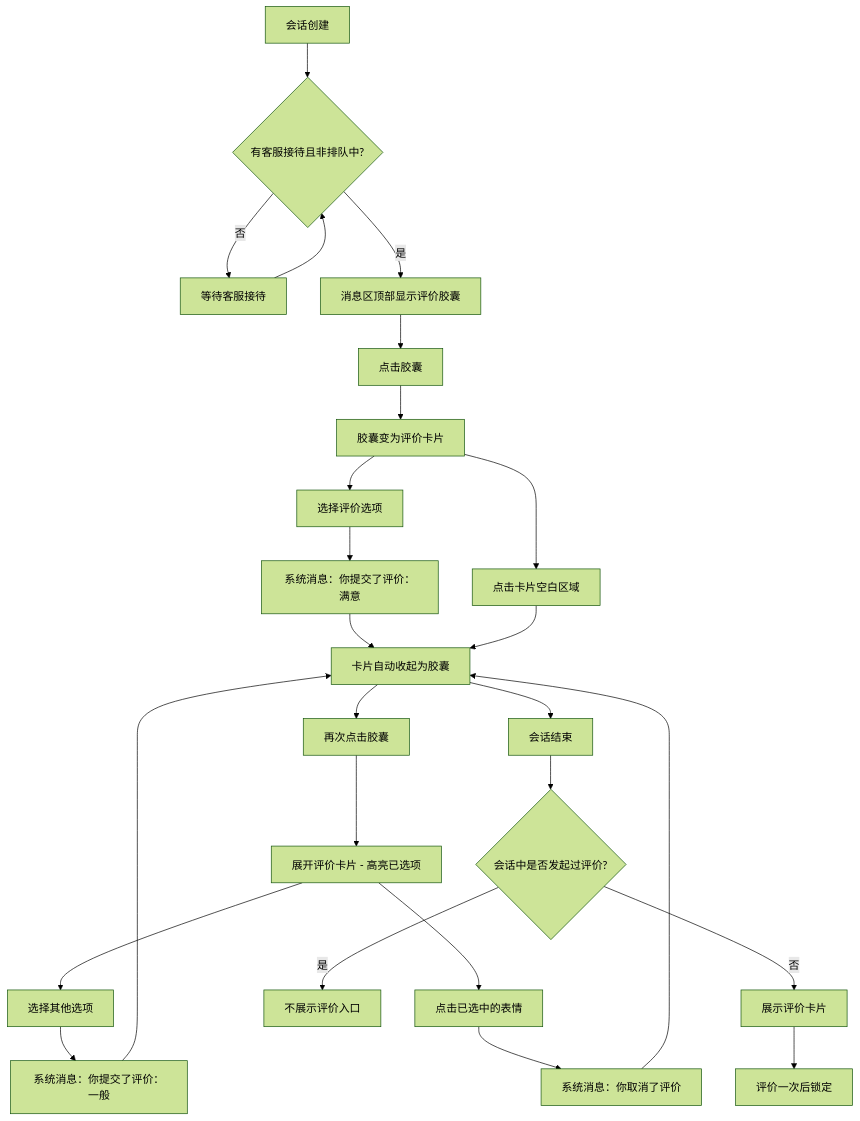
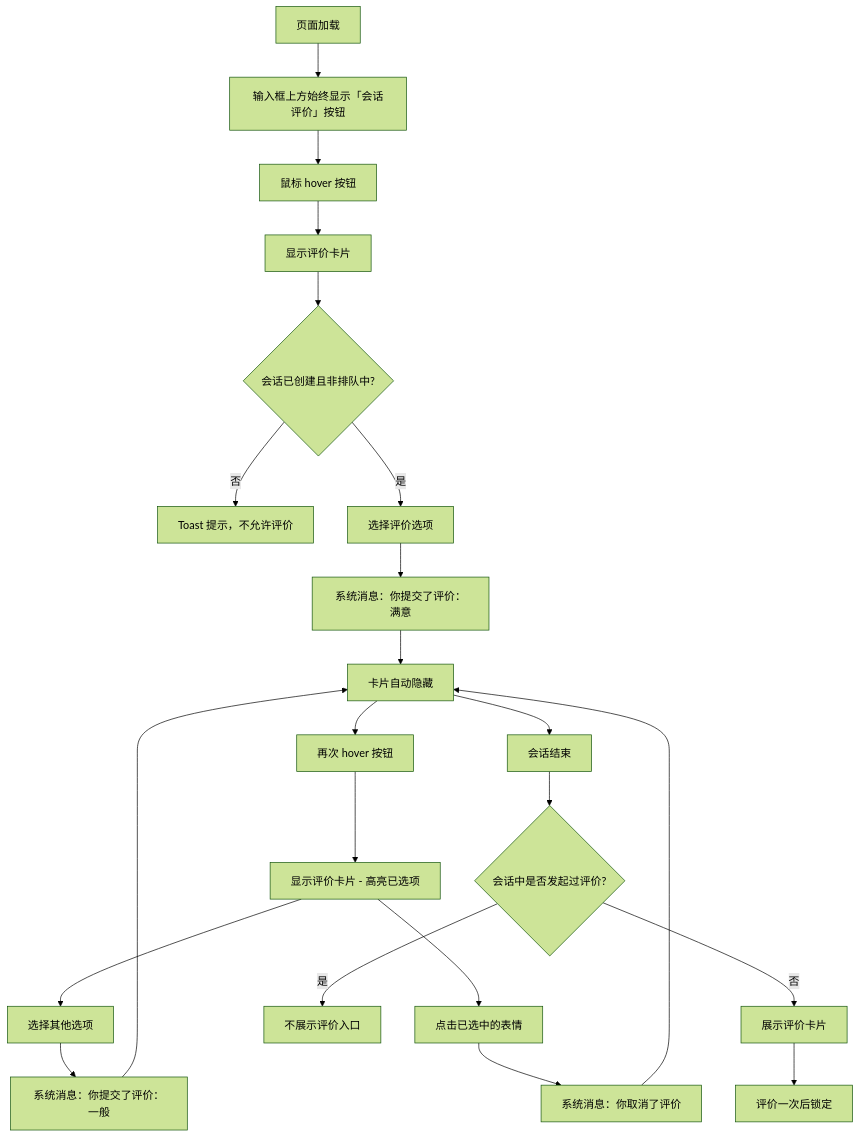
One commit to goeye/twt changed the second of 2 diagrams in docs/PRD-访客评价调整.md. Above: the diagram before and after it, drawn with Mermaid (forest theme). The commit also changed other lines of this file and 7 other files, not shown here.

````diff
--- a/docs/PRD-访客评价调整.md
+++ b/docs/PRD-访客评价调整.md
@@ -70,27 +71,24 @@
 ```mermaid
 flowchart TD
-    START[会话创建] --> CHECK{有客服接待且非排队中?}
-    CHECK -- 否 --> WAIT[等待客服接待]
-    WAIT --> CHECK
-    CHECK -- 是 --> SHOW[消息区顶部显示评价胶囊]
-    SHOW --> CLICK[点击胶囊]
-    CLICK --> CARD[胶囊变为评价卡片]
-    CARD --> SELECT[选择评价选项]
+    START[页面加载] --> SHOW[输入框上方始终显示「会话评价」按钮]
+    SHOW --> HOVER[鼠标 hover 按钮]
+    HOVER --> CARD[显示评价卡片]
+    CARD --> CHECK{会话已创建且非排队中?}
+    CHECK -- 否 --> TOAST[Toast 提示，不允许评价]
+    CHECK -- 是 --> SELECT[选择评价选项]
     SELECT --> SYS1[系统消息：你提交了评价：满意]
-    SYS1 --> COLLAPSE[卡片自动收起为胶囊]
-    COLLAPSE --> REOPEN[再次点击胶囊]
-    REOPEN --> CARD2[展开评价卡片 - 高亮已选项]
+    SYS1 --> HIDE[卡片自动隐藏]
+    HIDE --> REHOVER[再次 hover 按钮]
+    REHOVER --> CARD2[显示评价卡片 - 高亮已选项]
     CARD2 --> CHANGE[选择其他选项]
     CHANGE --> SYS2[系统消息：你提交了评价：一般]
-    SYS2 --> COLLAPSE
+    SYS2 --> HIDE
     CARD2 --> CANCEL[点击已选中的表情]
     CANCEL --> SYS3[系统消息：你取消了评价]
-    SYS3 --> COLLAPSE
-    CARD --> CLOSE[点击卡片空白区域]
-    CLOSE --> COLLAPSE
-    COLLAPSE --> END_SESSION[会话结束]
+    SYS3 --> HIDE
+    HIDE --> END_SESSION[会话结束]
     END_SESSION --> HAS_RATED{会话中是否发起过评价?}
     HAS_RATED -- 是 --> NO_ENTRY[不展示评价入口]
     HAS_RATED -- 否 --> SHOW_CARD[展示评价卡片]
     SHOW_CARD --> RATE_ONCE[评价一次后锁定]
 ```
````
